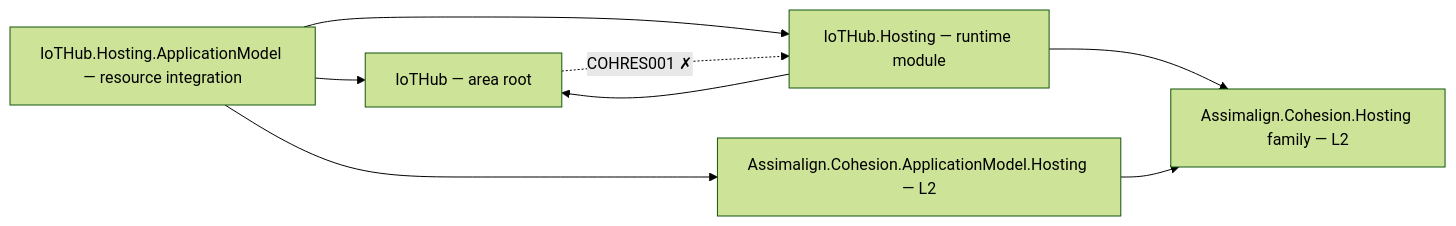
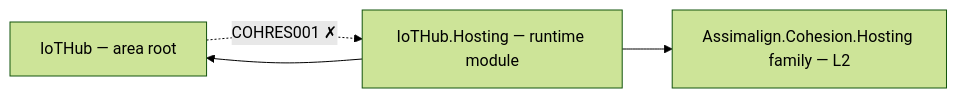
One commit to assimalign/cohesion changed the diagram in resources/IoTHub/README.md. Above: the diagram before and after it, drawn with Mermaid (forest theme). The commit also changed other lines of this file and 141 other files, not shown here.

First line of the commit message:
docs(application-model): remove the old model from rules and docs

````diff
--- a/resources/IoTHub/README.md
+++ b/resources/IoTHub/README.md
@@ -12,15 +12,9 @@
 ```mermaid
 flowchart LR
     P0["IoTHub — area root"]
     P2["IoTHub.Hosting — runtime module"]
-    PAM["IoTHub.Hosting.ApplicationModel — resource integration"]
-    AMH["Assimalign.Cohesion.ApplicationModel.Hosting — L2"]
     HOSTFAM["Assimalign.Cohesion.Hosting family — L2"]
     P2 --> HOSTFAM
     P2 --> P0
-    PAM --> P2
-    PAM --> P0
-    PAM --> AMH
-    AMH --> HOSTFAM
     P0 -.->|"COHRES001 ✗"| P2
 ```
````
